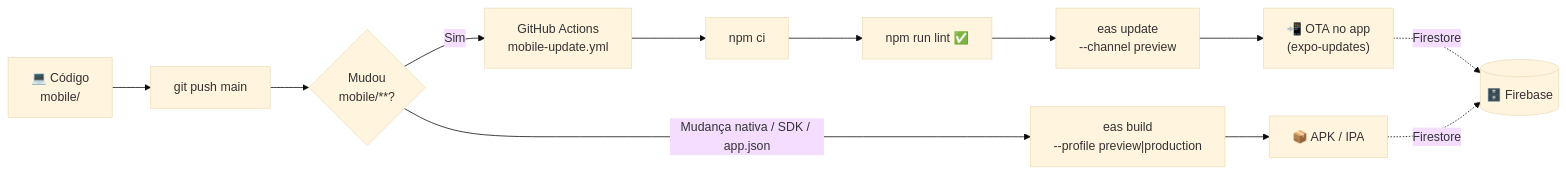
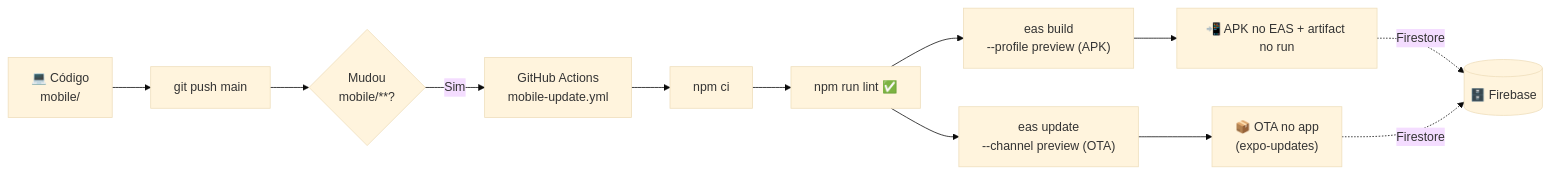
The diagram in mobile/README.md (hectornetf/Volleyball), drawn with Mermaid (base theme) before and after one commit. The commit also changed other lines of this file and 10 other files, not shown here.

````diff
--- a/mobile/README.md
+++ b/mobile/README.md
@@ -47,16 +57,15 @@
 ```mermaid
 flowchart LR
     A["💻 Código<br/>mobile/"] --> B["git push main"]
     B --> C{"Mudou<br/>mobile/**?"}
     C -- "Sim" --> D["GitHub Actions<br/>mobile-update.yml"]
     D --> E["npm ci"]
     E --> F["npm run lint ✅"]
-    F --> G["eas update<br/>--channel preview"]
-    G --> H["📲 OTA no app<br/>(expo-updates)"]
-
-    C -- "Mudança nativa / SDK / app.json" --> I["eas build<br/>--profile preview|production"]
-    I --> J["📦 APK / IPA"]
+    F --> G["eas build<br/>--profile preview (APK)"]
+    F --> G2["eas update<br/>--channel preview (OTA)"]
+    G --> H["📲 APK no EAS + artifact no run"]
+    G2 --> H2["📦 OTA no app<br/>(expo-updates)"]
 
     H -. "Firestore" .-> K[("🗄️ Firebase")]
-    J -. "Firestore" .-> K
+    H2 -. "Firestore" .-> K
 ```
````
